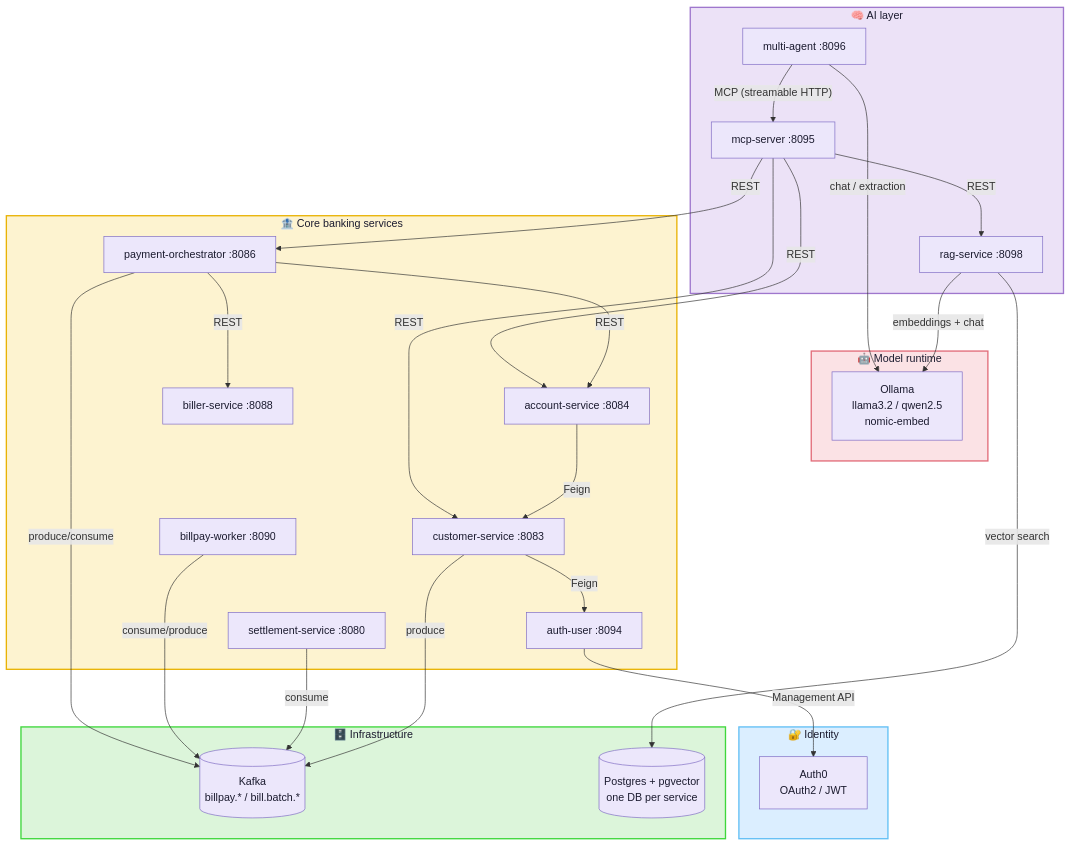
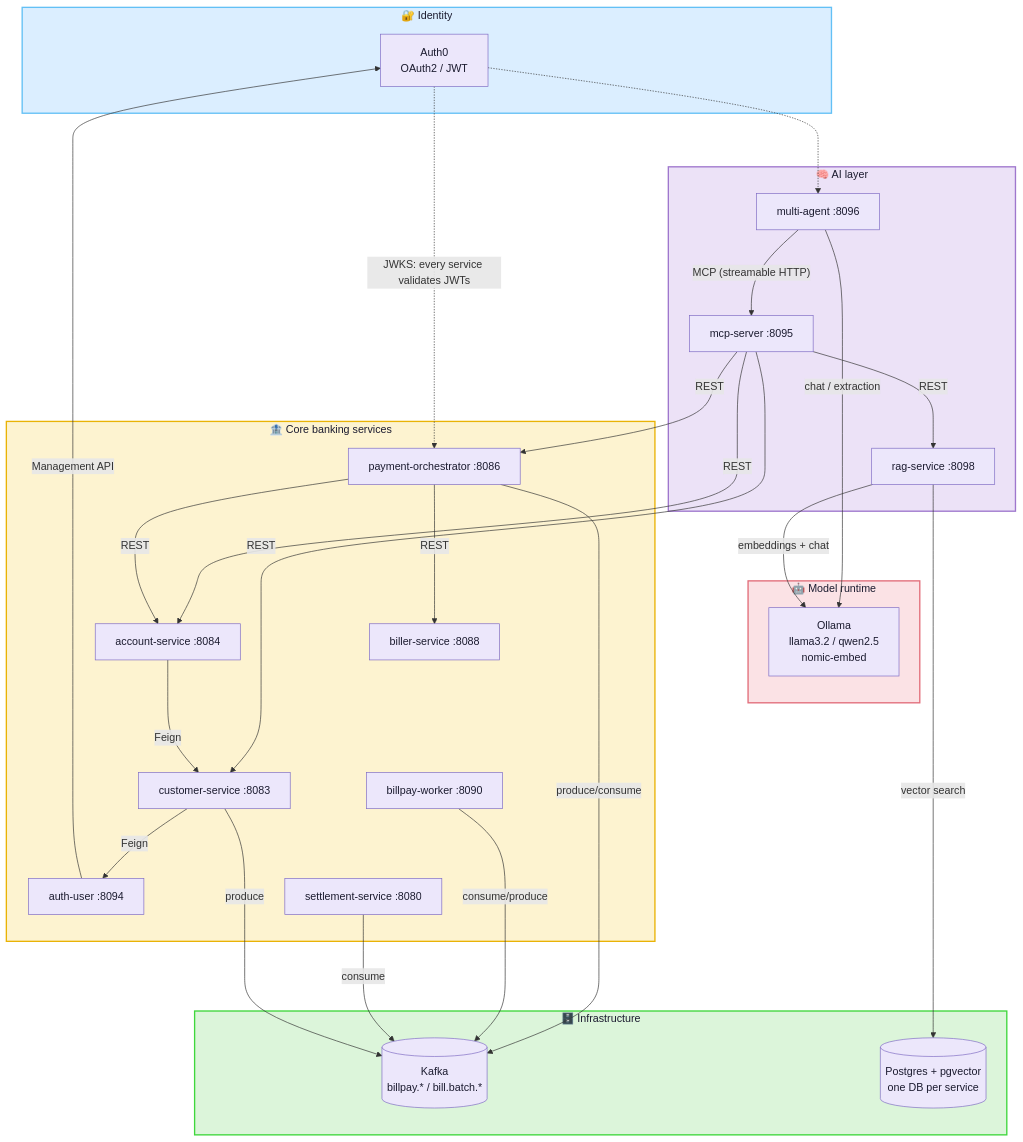
Before and after one commit to jclin0311/BankStackAI: the diagram in README.md, drawn with Mermaid. The commit also changed other lines of this file, not shown here.

````diff
--- a/README.md
+++ b/README.md
@@ -17,67 +17,69 @@
 ```mermaid
-%%{init: {"flowchart": {"rankSpacing": 62, "nodeSpacing": 42, "curve": "basis"}}}%%
+%%{init: {"flowchart": {"rankSpacing": 80, "nodeSpacing": 42, "curve": "basis"}}}%%
 flowchart TD
     subgraph Edge["🔐 Identity"]
         AUTH0["Auth0<br/>OAuth2 / JWT"]
     end
 
     subgraph AI["🧠 AI layer"]
         AGENT["multi-agent :8096"]
         MCP["mcp-server :8095"]
         RAG["rag-service :8098"]
     end
 
     subgraph Models["🤖 Model runtime"]
         OLLAMA["Ollama<br/>llama3.2 / qwen2.5<br/>nomic-embed"]
     end
 
     subgraph Core["🏦 Core banking services"]
         PAY["payment-orchestrator :8086"]
         ACCT["account-service :8084"]
         BILLER["biller-service :8088"]
         CUST["customer-service :8083"]
         AUTHU["auth-user :8094"]
         WORKER["billpay-worker :8090"]
         SETTLE["settlement-service :8080"]
     end
 
     subgraph Infra["🗄️ Infrastructure"]
         KAFKA[("Kafka<br/>billpay.* / bill.batch.*")]
         PG[("Postgres + pgvector<br/>one DB per service")]
     end
 
     AGENT -->|"MCP (streamable HTTP)"| MCP
     AGENT -->|"chat / extraction"| OLLAMA
     MCP -->|REST| RAG
     RAG -->|"embeddings + chat"| OLLAMA
     RAG -->|"vector search"| PG
 
     MCP -->|REST| PAY
     MCP -->|REST| ACCT
     MCP -->|REST| CUST
 
     PAY -->|REST| BILLER
     PAY -->|REST| ACCT
     ACCT -->|Feign| CUST
     CUST -->|Feign| AUTHU
     AUTHU -->|"Management API"| AUTH0
+    AUTH0 -.->|"JWKS: every service validates JWTs"| PAY
+    AUTH0 -.-> AGENT
 
     %% invisible links: fold the leaf services into a second column
     %% so the diagram grows downwards instead of sideways
     BILLER ~~~ WORKER
     WORKER ~~~ SETTLE
 
     PAY -->|"produce/consume"| KAFKA
     WORKER -->|"consume/produce"| KAFKA
     SETTLE -->|consume| KAFKA
     CUST -->|produce| KAFKA
 
     classDef box fill:#ece7fb,stroke:#7e6bc4,stroke-width:1px,color:#1b1b2f
     class AGENT,MCP,RAG,OLLAMA,AUTH0,PAY,ACCT,BILLER,CUST,AUTHU,WORKER,SETTLE,KAFKA,PG box
 
     style Edge fill:#dbeeff,stroke:#63c0f5,stroke-width:2px,color:#1b1b2f
     style AI fill:#ece2f7,stroke:#9f77cd,stroke-width:2px,color:#1b1b2f
     style Models fill:#fbe2e5,stroke:#e26d7a,stroke-width:2px,color:#1b1b2f
     style Core fill:#fdf3d0,stroke:#e9b306,stroke-width:2px,color:#1b1b2f
     style Infra fill:#dcf5da,stroke:#3fd73c,stroke-width:2px,color:#1b1b2f
 ```
````
